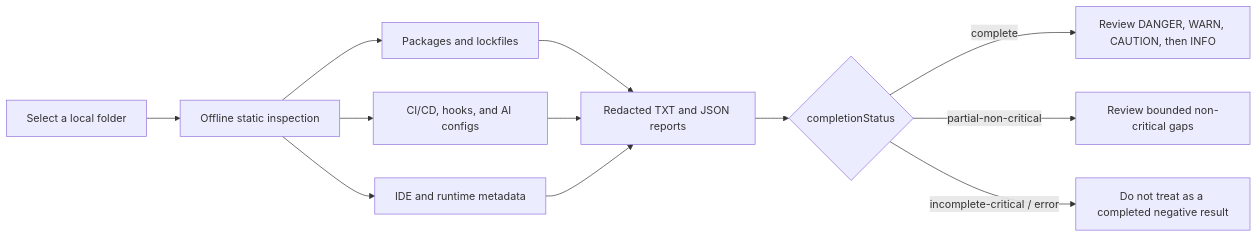
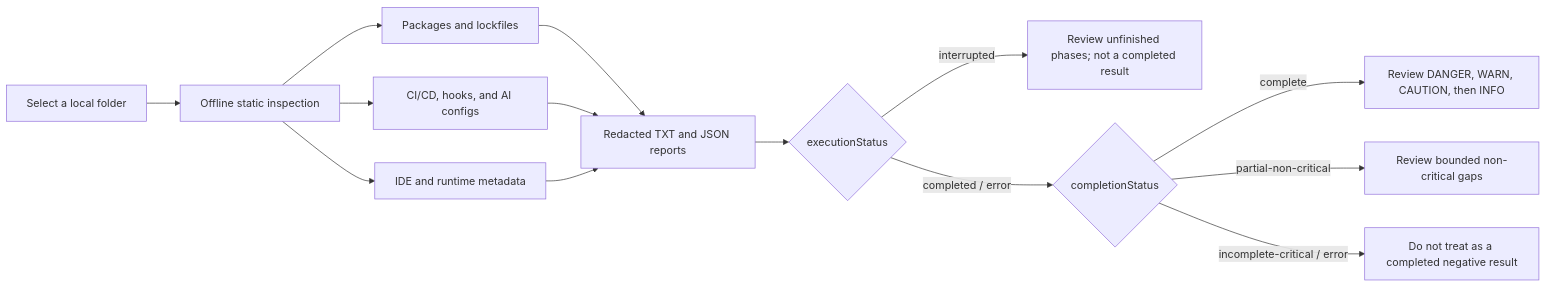
The diagram in README.md (Daiki9801/dev-supplychain-checker), drawn with Mermaid before and after one commit. The commit also changed other lines of this file and 32 other files, not shown here.

````diff
--- a/README.md
+++ b/README.md
@@ -38,14 +66,16 @@
 ```mermaid
 flowchart LR
     A["Select a local folder"] --> B["Offline static inspection"]
     B --> C["Packages and lockfiles"]
     B --> D["CI/CD, hooks, and AI configs"]
     B --> E["IDE and runtime metadata"]
     C --> F["Redacted TXT and JSON reports"]
     D --> F
     E --> F
-    F --> G{"completionStatus"}
+    F --> X{"executionStatus"}
+    X -->|interrupted| K["Review unfinished phases; not a completed result"]
+    X -->|completed / error| G{"completionStatus"}
     G -->|complete| H["Review DANGER, WARN, CAUTION, then INFO"]
     G -->|partial-non-critical| I["Review bounded non-critical gaps"]
     G -->|incomplete-critical / error| J["Do not treat as a completed negative result"]
 ```
````
